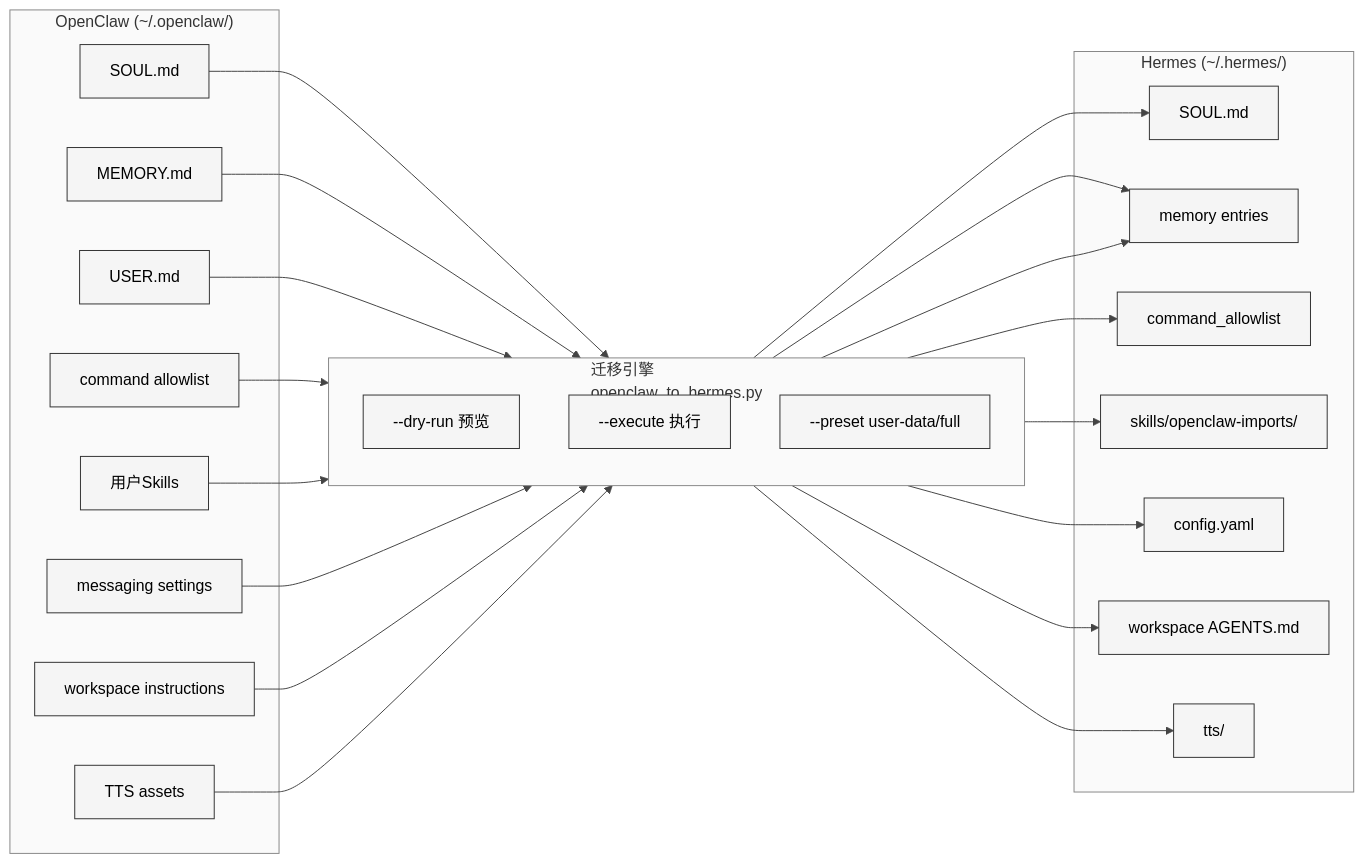
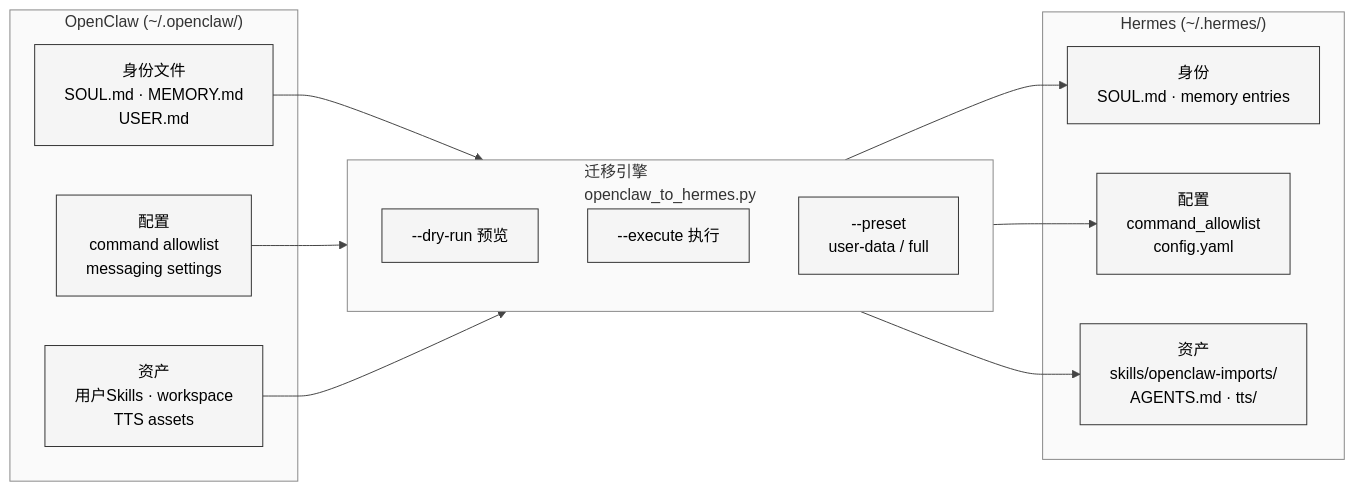
The third of 3 diagrams in Part III 同源项目对比分析/26-OpenClaw架构对比.md (xiaonancs/hermes-agent-study), drawn with Mermaid before and after one commit. The commit also changed other lines of this file and 32 other files, not shown here.

First line of the commit message:
Mermaid 图表修复：白色背景板 + 长宽比优化

````diff
--- a/Part III 同源项目对比分析/26-OpenClaw架构对比.md
+++ b/Part III 同源项目对比分析/26-OpenClaw架构对比.md
@@ -217,39 +216,25 @@
 ```mermaid
 %%{init: {'theme': 'neutral', 'themeVariables': {'background': '#ffffff', 'primaryColor': '#f5f5f5', 'primaryTextColor': '#000000', 'primaryBorderColor': '#333333', 'lineColor': '#444444', 'textColor': '#000000', 'mainBkg': '#f5f5f5', 'nodeBorder': '#333333', 'clusterBkg': '#fafafa', 'clusterBorder': '#888888', 'edgeLabelBackground': '#ffffff'}}}%%
 graph LR
     subgraph Source["OpenClaw (~/.openclaw/)"]
-        S_SOUL["SOUL.md"]
-        S_MEM["MEMORY.md"]
-        S_USER["USER.md"]
-        S_CMD["command allowlist"]
-        S_SKILL["用户Skills"]
-        S_MSG["messaging settings"]
-        S_WS["workspace instructions"]
-        S_TTS["TTS assets"]
+        S_ID["身份文件<br/>SOUL.md · MEMORY.md<br/>USER.md"]
+        S_CFG["配置<br/>command allowlist<br/>messaging settings"]
+        S_ASSET["资产<br/>用户Skills · workspace<br/>TTS assets"]
     end
     
     subgraph Migration["迁移引擎<br/>openclaw_to_hermes.py"]
         M_DRY["--dry-run 预览"]
         M_EXEC["--execute 执行"]
-        M_PRE["--preset user-data/full"]
+        M_PRE["--preset<br/>user-data / full"]
     end
     
     subgraph Target["Hermes (~/.hermes/)"]
-        T_SOUL["SOUL.md"]
-        T_MEM["memory entries"]
-        T_CMD["command_allowlist"]
-        T_SKILL["skills/openclaw-imports/"]
-        T_MSG["config.yaml"]
-        T_WS["workspace AGENTS.md"]
-        T_TTS["tts/"]
+        T_ID["身份<br/>SOUL.md · memory entries"]
+        T_CFG["配置<br/>command_allowlist<br/>config.yaml"]
+        T_ASSET["资产<br/>skills/openclaw-imports/<br/>AGENTS.md · tts/"]
     end
     
-    S_SOUL --> Migration --> T_SOUL
-    S_MEM --> Migration --> T_MEM
-    S_USER --> Migration --> T_MEM
-    S_CMD --> Migration --> T_CMD
-    S_SKILL --> Migration --> T_SKILL
-    S_MSG --> Migration --> T_MSG
-    S_WS --> Migration --> T_WS
-    S_TTS --> Migration --> T_TTS
+    S_ID --> Migration --> T_ID
+    S_CFG --> Migration --> T_CFG
+    S_ASSET --> Migration --> T_ASSET
 ```
````
